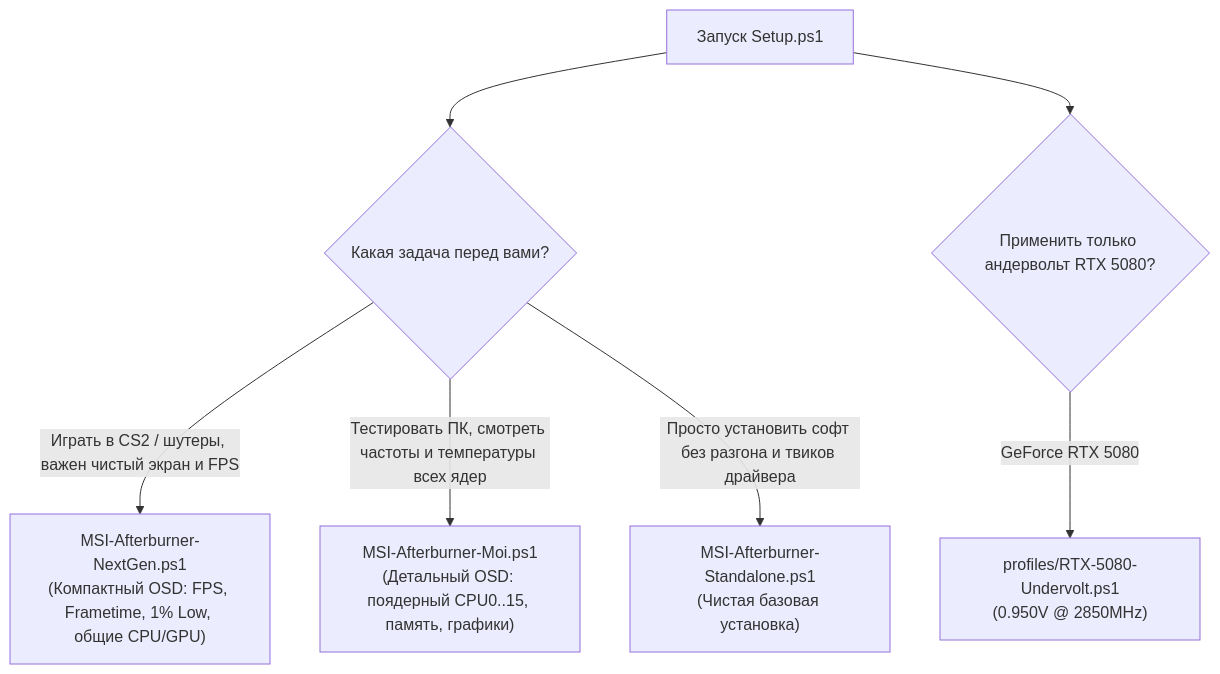
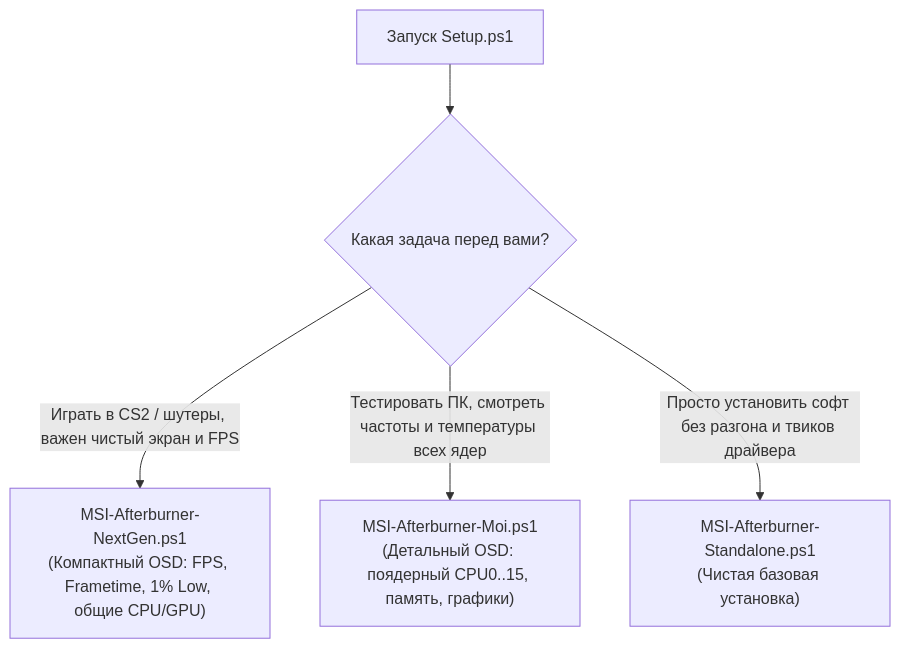
Before and after one commit to Vektor010/msi-afterburner-rtss: the diagram in README.md, drawn with Mermaid. The commit also changed other lines of this file and 3 other files, not shown here.

````diff
--- a/README.md
+++ b/README.md
@@ -49,11 +48,8 @@
 ```mermaid
 flowchart TD
     Start["Запуск Setup.ps1"] --> Choice{"Какая задача перед вами?"}
     
     Choice -->|"Играть в CS2 / шутеры, важен чистый экран и FPS"| NextGen["MSI-Afterburner-NextGen.ps1\n(Компактный OSD: FPS, Frametime, 1% Low, общие CPU/GPU)"]
     Choice -->|"Тестировать ПК, смотреть частоты и температуры всех ядер"| Moi["MSI-Afterburner-Moi.ps1\n(Детальный OSD: поядерный CPU0..15, память, графики)"]
     Choice -->|"Просто установить софт без разгона и твиков драйвера"| Standalone["MSI-Afterburner-Standalone.ps1\n(Чистая базовая установка)"]
-    
-    Start --> Profiles{"Применить только андервольт RTX 5080?"}
-    Profiles -->|"GeForce RTX 5080"| P5080["profiles/RTX-5080-Undervolt.ps1\n(0.950V @ 2850MHz)"]
 ```
````
